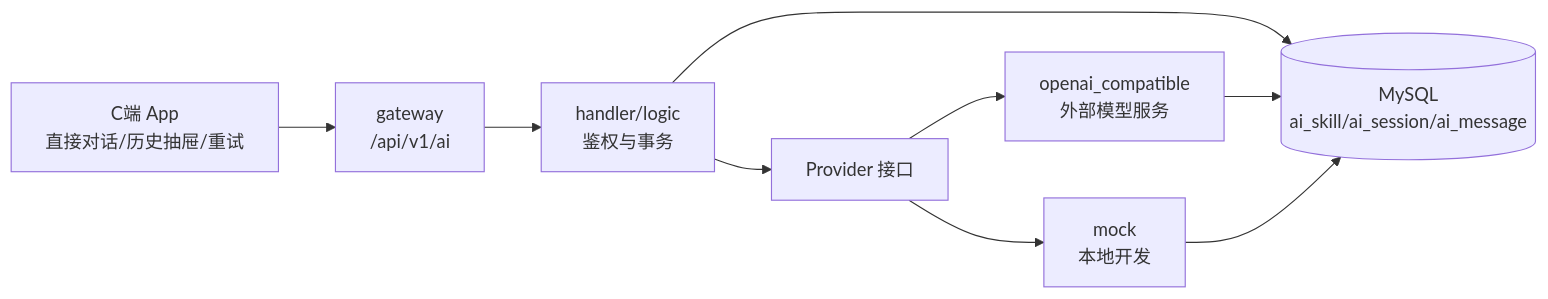
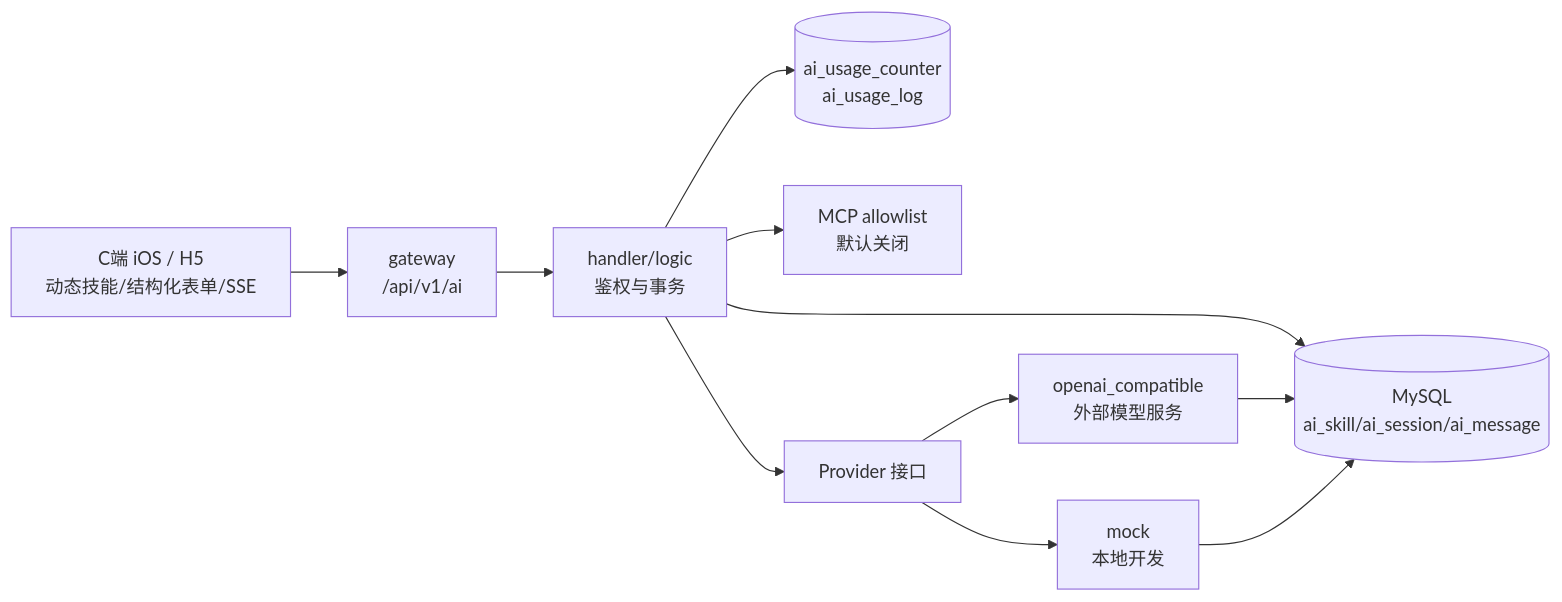
One commit to askxuan-dongfang/askxuan-docs changed the diagram in docs/architecture/services/AI问事服务.md. Above: the diagram before and after it, drawn with Mermaid. The commit also changed other lines of this file and 6 other files, not shown here.

````diff
--- a/docs/architecture/services/AI问事服务.md
+++ b/docs/architecture/services/AI问事服务.md
@@ -38,11 +42,13 @@
 ```mermaid
 graph LR
-    C[C端 App<br/>直接对话/历史抽屉/重试] --> GW[gateway<br/>/api/v1/ai]
+    C[C端 iOS / H5<br/>动态技能/结构化表单/SSE] --> GW[gateway<br/>/api/v1/ai]
     GW --> H[handler/logic<br/>鉴权与事务]
     H --> DB[(MySQL<br/>ai_skill/ai_session/ai_message)]
+    H --> Q[(ai_usage_counter<br/>ai_usage_log)]
+    H --> MCP[MCP allowlist<br/>默认关闭]
     H --> P[Provider 接口]
     P --> MOCK[mock<br/>本地开发]
     P --> OA[openai_compatible<br/>外部模型服务]
     OA --> DB
     MOCK --> DB
 ```
````
